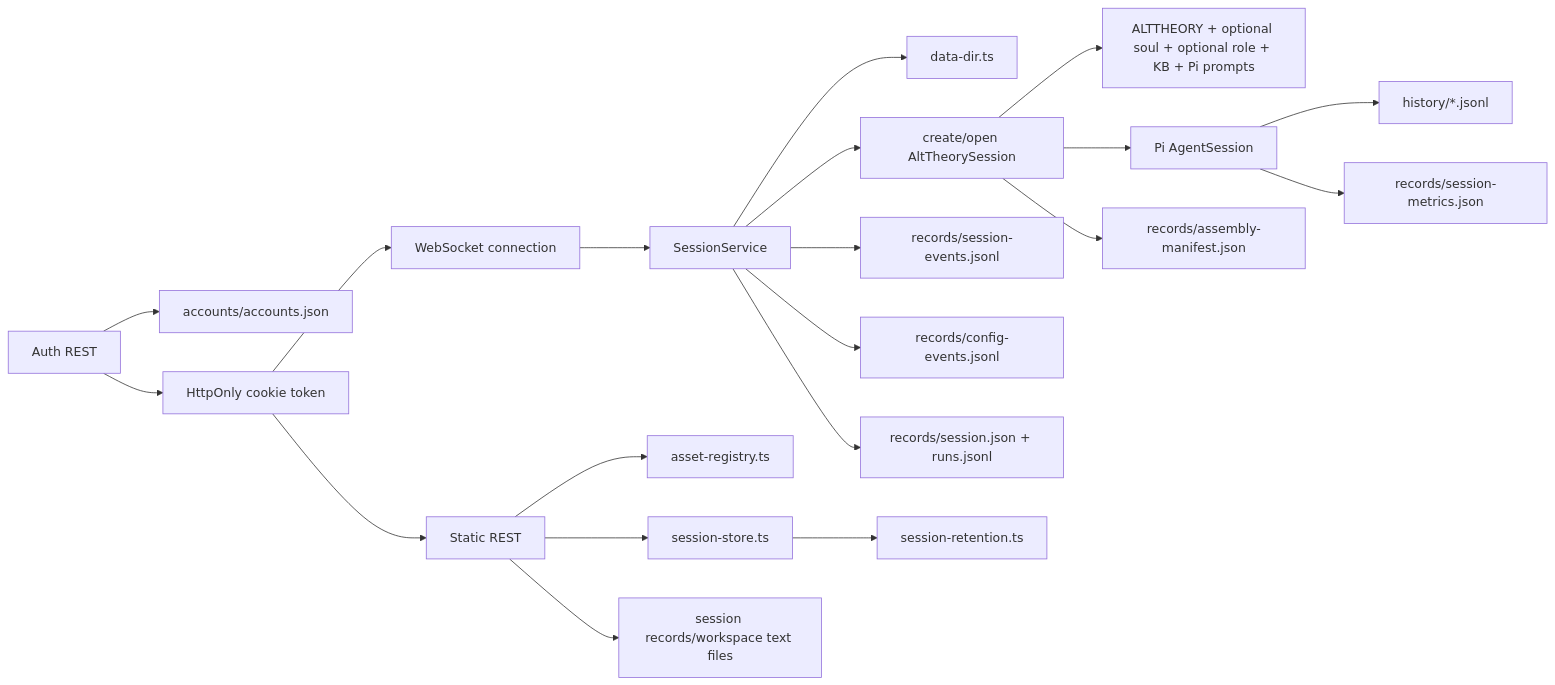
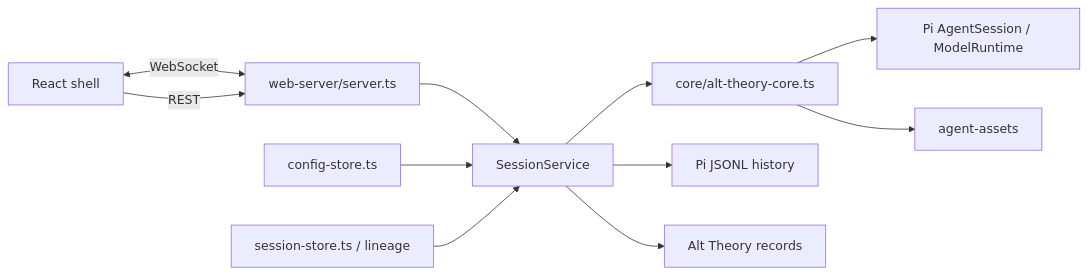
One commit to syuan-research/alt-theory changed the diagram in development/architecture/core-session-engine.md. Above: the diagram before and after it, drawn with Mermaid. The commit also changed other lines of this file and 16 other files, not shown here.

Commit message:
Reorganize public architecture around high-level modules

````diff
--- a/development/architecture/core-session-engine.md
+++ b/development/architecture/core-session-engine.md
@@ -83,22 +59,13 @@
 ```mermaid
 flowchart LR
-  WS[WebSocket connection] --> Service[SessionService]
-  Service --> Dirs[data-dir.ts]
-  Service --> Core[create/open AltTheorySession]
-  Core --> Assets[ALTTHEORY + optional soul + optional role + KB + Pi prompts]
-  Core --> Pi[Pi AgentSession]
-  Pi --> JSONL[history/*.jsonl]
-  Core --> Manifest[records/assembly-manifest.json]
-  Pi --> Metrics[records/session-metrics.json]
-  Service --> Events[records/session-events.jsonl]
-  Service --> ConfigEvents[records/config-events.jsonl]
-  Service --> V4Records[records/session.json + runs.jsonl]
-  AuthRoutes[Auth REST] --> AuthStore[accounts/accounts.json]
-  AuthRoutes --> AuthCookie[HttpOnly cookie token]
-  AuthCookie --> WS
-  AuthCookie --> REST
-  REST[Static REST] --> Registry[asset-registry.ts]
-  REST --> Store[session-store.ts]
-  REST --> SessionFiles[session records/workspace text files]
-  Store --> Retention[session-retention.ts]
+  UI[React shell] <-->|WebSocket| WS[web-server/server.ts]
+  UI -->|REST| WS
+  WS --> SS[SessionService]
+  SS --> CORE[core/alt-theory-core.ts]
+  CORE --> PI[Pi AgentSession / ModelRuntime]
+  CORE --> ASSETS[agent-assets]
+  SS --> HIST[Pi JSONL history]
+  SS --> RECORDS[Alt Theory records]
+  CONFIG[config-store.ts] --> SS
+  LINEAGE[session-store.ts / lineage] --> SS
 ```
````
